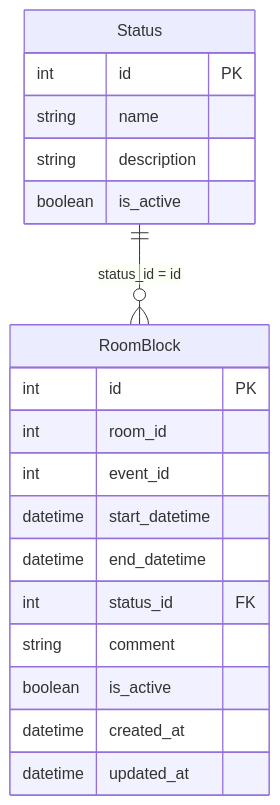
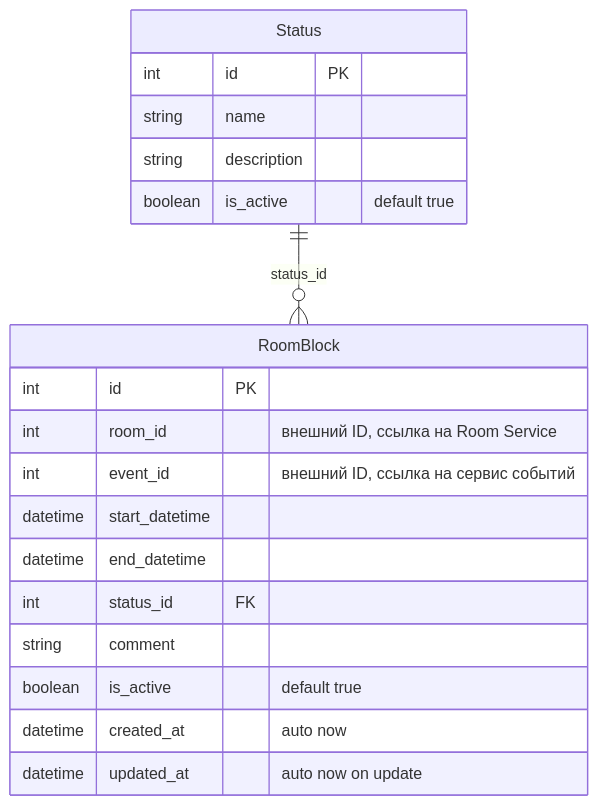
One commit to super122gg/KPK_UP2_23-1P9 changed the diagram in S24/doc.md. Above: the diagram before and after it, drawn with Mermaid.

````diff
--- a/S24/doc.md
+++ b/S24/doc.md
@@ -8,22 +8,22 @@
 ```mermaid
 erDiagram
     Status {
         int id PK
         string name
         string description
-        boolean is_active
+        boolean is_active "default true"
     }
     RoomBlock {
         int id PK
-        int room_id
-        int event_id
+        int room_id "внешний ID, ссылка на Room Service"
+        int event_id "внешний ID, ссылка на сервис событий"
         datetime start_datetime
         datetime end_datetime
         int status_id FK
         string comment
-        boolean is_active
-        datetime created_at
-        datetime updated_at
+        boolean is_active "default true"
+        datetime created_at "auto now"
+        datetime updated_at "auto now on update"
     }
-    Status ||--o{ RoomBlock : "status_id = id"
+    Status ||--o{ RoomBlock : status_id
 ```
````
